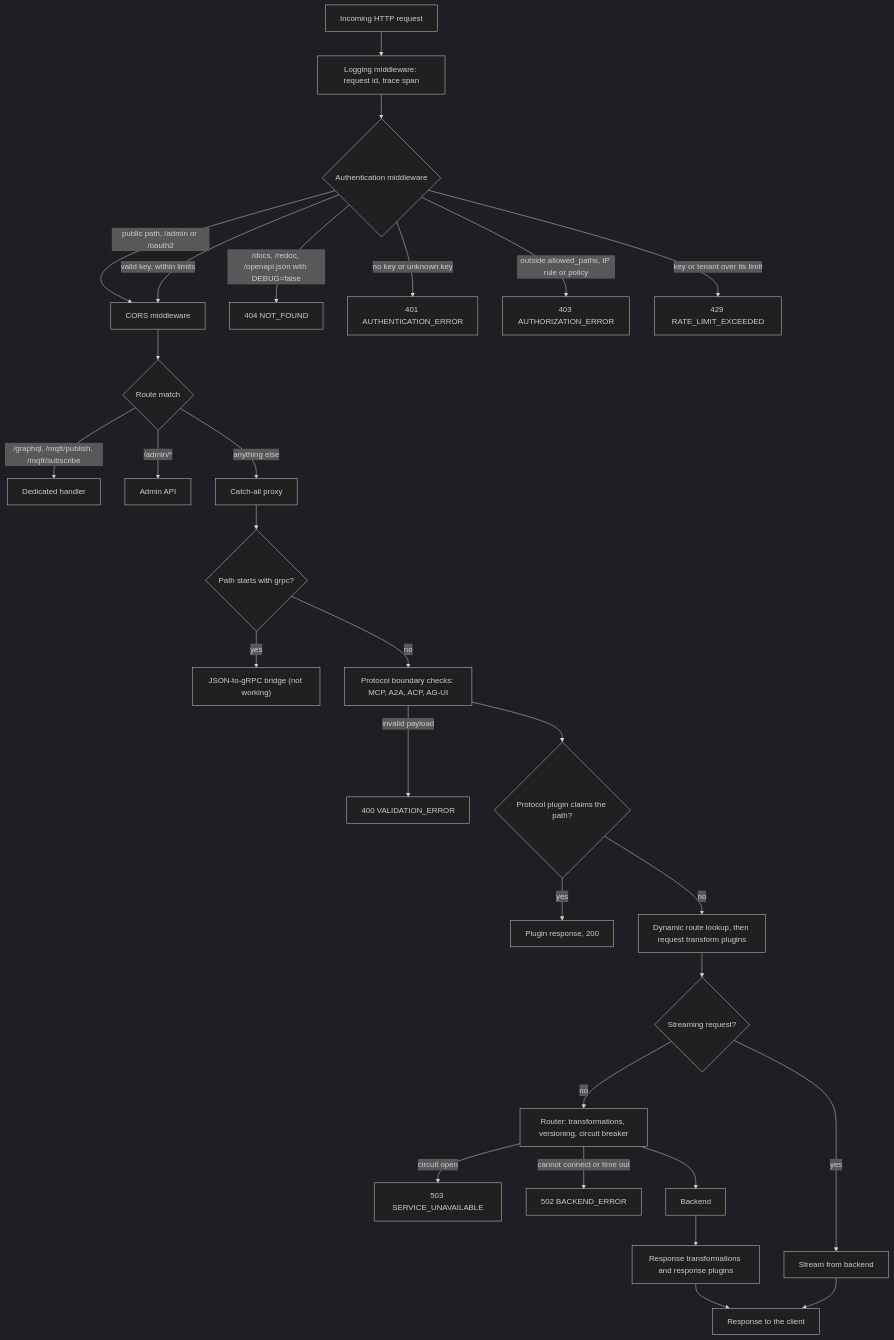
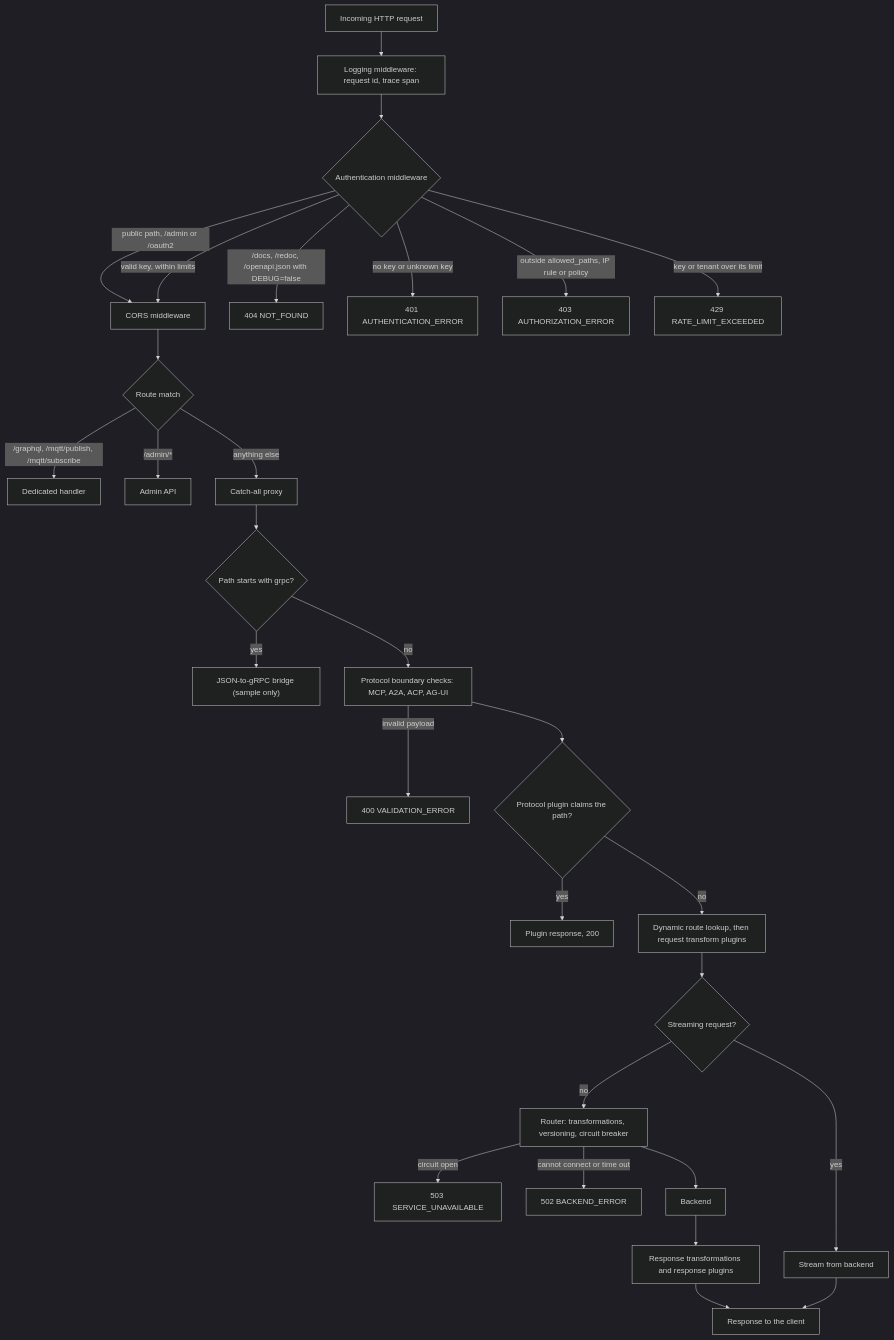
One commit to agentanywhere/agentanywhere-universal-gateway changed the second of 2 diagrams in docs/explanation/architecture.md. Above: the diagram before and after it, drawn with Mermaid (dark theme). The commit also changed 17 other files, not shown here.

````diff
--- a/docs/explanation/architecture.md
+++ b/docs/explanation/architecture.md
@@ -80,31 +80,31 @@
 ```mermaid
 flowchart TD
     req["Incoming HTTP request"] --> log["Logging middleware: request id, trace span"]
     log --> auth{"Authentication middleware"}
     auth -- "public path, /admin or /oauth2" --> cors
     auth -- "/docs, /redoc, /openapi.json with DEBUG=false" --> r404["404 NOT_FOUND"]
     auth -- "no key or unknown key" --> r401["401 AUTHENTICATION_ERROR"]
     auth -- "outside allowed_paths, IP rule or policy" --> r403["403 AUTHORIZATION_ERROR"]
     auth -- "key or tenant over its limit" --> r429["429 RATE_LIMIT_EXCEEDED"]
     auth -- "valid key, within limits" --> cors["CORS middleware"]
     cors --> route{"Route match"}
     route -- "/graphql, /mqtt/publish, /mqtt/subscribe" --> special["Dedicated handler"]
     route -- "/admin/*" --> admin["Admin API"]
     route -- "anything else" --> proxy["Catch-all proxy"]
     proxy --> grpc{"Path starts with grpc?"}
-    grpc -- "yes" --> grpcbridge["JSON-to-gRPC bridge (not working)"]
+    grpc -- "yes" --> grpcbridge["JSON-to-gRPC bridge (sample only)"]
     grpc -- "no" --> boundary["Protocol boundary checks: MCP, A2A, ACP, AG-UI"]
     boundary -- "invalid payload" --> r400["400 VALIDATION_ERROR"]
     boundary --> pplugin{"Protocol plugin claims the path?"}
     pplugin -- "yes" --> pluginresp["Plugin response, 200"]
     pplugin -- "no" --> dyn["Dynamic route lookup, then request transform plugins"]
     dyn --> stream{"Streaming request?"}
     stream -- "yes" --> sproxy["Stream from backend"]
     stream -- "no" --> router["Router: transformations, versioning, circuit breaker"]
     router -- "circuit open" --> r503["503 SERVICE_UNAVAILABLE"]
     router -- "cannot connect or time out" --> r502["502 BACKEND_ERROR"]
     router --> backend["Backend"]
     backend --> resp["Response transformations and response plugins"]
     resp --> client["Response to the client"]
     sproxy --> client
 ```
````
